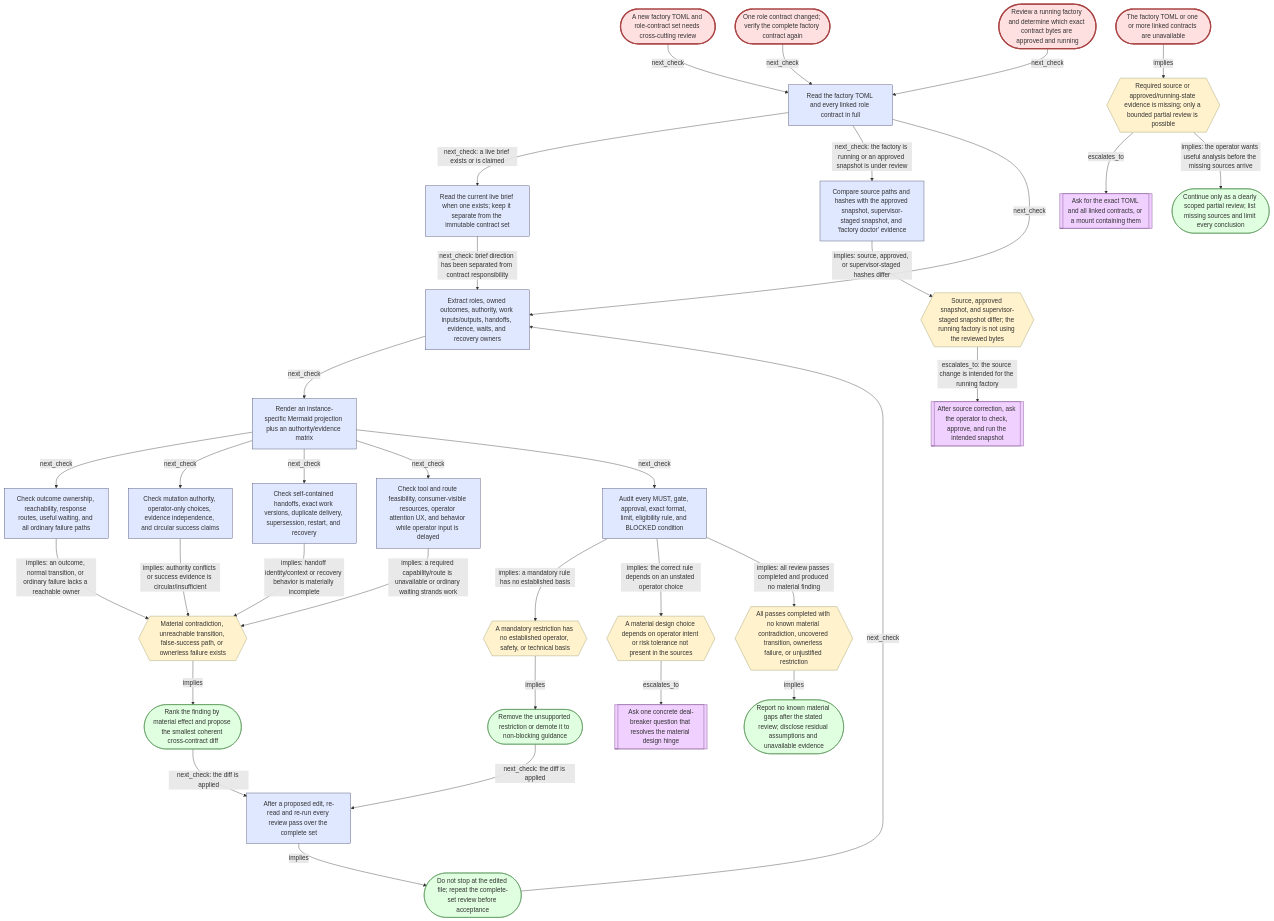
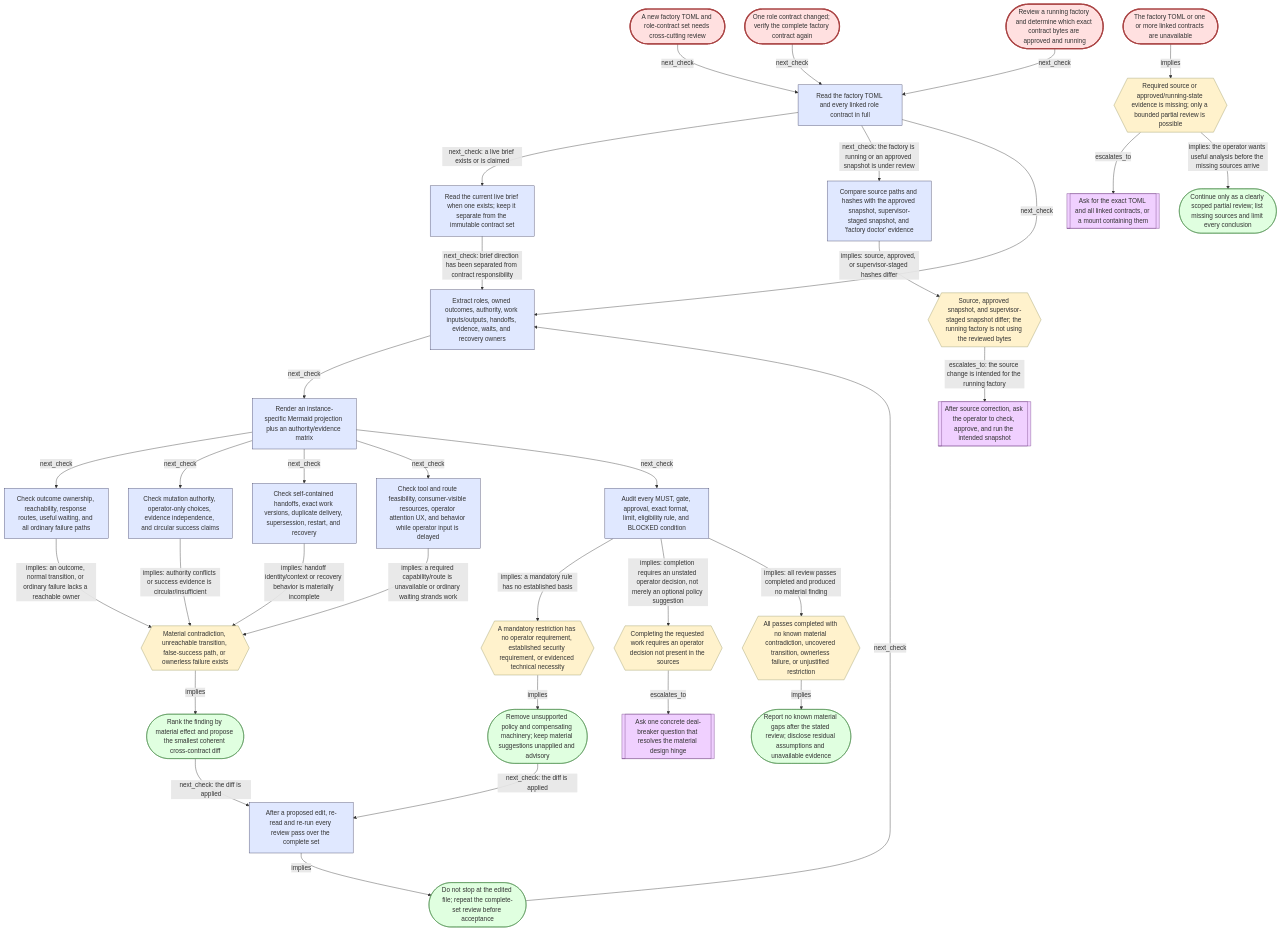
The diagram in cli/src/safeyolo/agent_context/skills/safeyolo-factory/references/graph/contract-review.mmd (craigbalding/safeyolo), drawn with Mermaid before and after one commit. The commit also changed 32 other files, not shown here.

```diff
--- a/cli/src/safeyolo/agent_context/skills/safeyolo-factory/references/graph/contract-review.mmd
+++ b/cli/src/safeyolo/agent_context/skills/safeyolo-factory/references/graph/contract-review.mmd
@@ -1,108 +1,108 @@
 flowchart TD
     %% Auto-generated by scripts/render_skill_graph.py -- do not edit.
 
     classDef symptom fill:#ffe0e0,stroke:#a44
     classDef evidence fill:#e0e8ff,stroke:#446
     classDef classification fill:#fff2cc,stroke:#996
     classDef conclusion fill:#e0ffe0,stroke:#484
     classDef operator_ask fill:#f0d0ff,stroke:#748
 
     sym.review_new_contract_set(["A new factory TOML and role-contract set needs cross-cutting review"])
     sym.review_revised_contract(["One role contract changed; verify the complete factory contract again"])
     sym.review_running_factory(["Review a running factory and determine which exact contract bytes are approved and running"])
     sym.review_partial_sources(["The factory TOML or one or more linked contracts are unavailable"])
     ev.review_load_exact_set["Read the factory TOML and every linked role contract in full"]
     ev.review_load_live_brief["Read the current live brief when one exists; keep it separate from the immutable contract set"]
     ev.review_compare_snapshot["Compare source paths and hashes with the approved snapshot, supervisor-staged snapshot, and 'factory doctor' evidence"]
     ev.review_extract_model["Extract roles, owned outcomes, authority, work inputs/outputs, handoffs, evidence, waits, and recovery owners"]
     ev.review_render_projection["Render an instance-specific Mermaid projection plus an authority/evidence matrix"]
     ev.review_outcome_liveness["Check outcome ownership, reachability, response routes, useful waiting, and all ordinary failure paths"]
     ev.review_authority_evidence["Check mutation authority, operator-only choices, evidence independence, and circular success claims"]
     ev.review_handoff_recovery["Check self-contained handoffs, exact work versions, duplicate delivery, supersession, restart, and recovery"]
     ev.review_runtime_operator["Check tool and route feasibility, consumer-visible resources, operator attention UX, and behavior while operator input is delayed"]
     ev.review_restriction_basis["Audit every MUST, gate, approval, exact format, limit, eligibility rule, and BLOCKED condition"]
     ev.review_reread_complete_set["After a proposed edit, re-read and re-run every review pass over the complete set"]
     cls.review_incomplete{{"Required source or approved/running-state evidence is missing; only a bounded partial review is possible"}}
     cls.review_source_snapshot_drift{{"Source, approved snapshot, and supervisor-staged snapshot differ; the running factory is not using the reviewed bytes"}}
     cls.review_material_gap{{"Material contradiction, unreachable transition, false-success path, or ownerless failure exists"}}
-    cls.review_unjustified_restriction{{"A mandatory restriction has no established operator, safety, or technical basis"}}
-    cls.review_operator_hinge{{"A material design choice depends on operator intent or risk tolerance not present in the sources"}}
+    cls.review_unjustified_restriction{{"A mandatory restriction has no operator requirement, established security requirement, or evidenced technical necessity"}}
+    cls.review_operator_hinge{{"Completing the requested work requires an operator decision not present in the sources"}}
     cls.review_no_known_material_gap{{"All passes completed with no known material contradiction, uncovered transition, ownerless failure, or unjustified restriction"}}
     con.review_state_partial_scope(["Continue only as a clearly scoped partial review; list missing sources and limit every conclusion"])
     con.review_rank_smallest_diff(["Rank the finding by material effect and propose the smallest coherent cross-contract diff"])
-    con.review_remove_or_demote(["Remove the unsupported restriction or demote it to non-blocking guidance"])
+    con.review_remove_or_demote(["Remove unsupported policy and compensating machinery; keep material suggestions unapplied and advisory"])
     con.review_report_bounded_result(["Report no known material gaps after the stated review; disclose residual assumptions and unavailable evidence"])
     con.review_repeat_complete_review(["Do not stop at the edited file; repeat the complete-set review before acceptance"])
     ask.review_provide_sources[["Ask for the exact TOML and all linked contracts, or a mount containing them"]]
     ask.review_resolve_hinge[["Ask one concrete deal-breaker question that resolves the material design hinge"]]
     ask.review_approve_and_run_snapshot[["After source correction, ask the operator to check, approve, and run the intended snapshot"]]
 
     sym.review_new_contract_set -->|"next_check"| ev.review_load_exact_set
     sym.review_revised_contract -->|"next_check"| ev.review_load_exact_set
     sym.review_running_factory -->|"next_check"| ev.review_load_exact_set
     sym.review_partial_sources -->|"implies"| cls.review_incomplete
     cls.review_incomplete -->|"escalates_to"| ask.review_provide_sources
     cls.review_incomplete -->|"implies: the operator wants useful analysis before the missing sources arrive"| con.review_state_partial_scope
     ev.review_load_exact_set -->|"next_check: a live brief exists or is claimed"| ev.review_load_live_brief
     ev.review_load_exact_set -->|"next_check: the factory is running or an approved snapshot is under review"| ev.review_compare_snapshot
     ev.review_load_live_brief -->|"next_check: brief direction has been separated from contract responsibility"| ev.review_extract_model
     ev.review_compare_snapshot -->|"implies: source, approved, or supervisor-staged hashes differ"| cls.review_source_snapshot_drift
     cls.review_source_snapshot_drift -->|"escalates_to: the source change is intended for the running factory"| ask.review_approve_and_run_snapshot
     ev.review_load_exact_set -->|"next_check"| ev.review_extract_model
     ev.review_extract_model -->|"next_check"| ev.review_render_projection
     ev.review_render_projection -->|"next_check"| ev.review_outcome_liveness
     ev.review_render_projection -->|"next_check"| ev.review_authority_evidence
     ev.review_render_projection -->|"next_check"| ev.review_handoff_recovery
     ev.review_render_projection -->|"next_check"| ev.review_runtime_operator
     ev.review_render_projection -->|"next_check"| ev.review_restriction_basis
     ev.review_outcome_liveness -->|"implies: an outcome, normal transition, or ordinary failure lacks a reachable owner"| cls.review_material_gap
     ev.review_authority_evidence -->|"implies: authority conflicts or success evidence is circular/insufficient"| cls.review_material_gap
     ev.review_handoff_recovery -->|"implies: handoff identity/context or recovery behavior is materially incomplete"| cls.review_material_gap
     ev.review_runtime_operator -->|"implies: a required capability/route is unavailable or ordinary waiting strands work"| cls.review_material_gap
     ev.review_restriction_basis -->|"implies: a mandatory rule has no established basis"| cls.review_unjustified_restriction
-    ev.review_restriction_basis -->|"implies: the correct rule depends on an unstated operator choice"| cls.review_operator_hinge
+    ev.review_restriction_basis -->|"implies: completion requires an unstated operator decision, not merely an optional policy suggestion"| cls.review_operator_hinge
     cls.review_material_gap -->|"implies"| con.review_rank_smallest_diff
     cls.review_unjustified_restriction -->|"implies"| con.review_remove_or_demote
     cls.review_operator_hinge -->|"escalates_to"| ask.review_resolve_hinge
     con.review_rank_smallest_diff -->|"next_check: the diff is applied"| ev.review_reread_complete_set
     con.review_remove_or_demote -->|"next_check: the diff is applied"| ev.review_reread_complete_set
     ev.review_reread_complete_set -->|"implies"| con.review_repeat_complete_review
     con.review_repeat_complete_review -->|"next_check"| ev.review_extract_model
     ev.review_restriction_basis -->|"implies: all review passes completed and produced no material finding"| cls.review_no_known_material_gap
     cls.review_no_known_material_gap -->|"implies"| con.review_report_bounded_result
 
     class sym.review_new_contract_set symptom
     class sym.review_revised_contract symptom
     class sym.review_running_factory symptom
     class sym.review_partial_sources symptom
     class ev.review_load_exact_set evidence
     class ev.review_load_live_brief evidence
     class ev.review_compare_snapshot evidence
     class ev.review_extract_model evidence
     class ev.review_render_projection evidence
     class ev.review_outcome_liveness evidence
     class ev.review_authority_evidence evidence
     class ev.review_handoff_recovery evidence
     class ev.review_runtime_operator evidence
     class ev.review_restriction_basis evidence
     class ev.review_reread_complete_set evidence
     class cls.review_incomplete classification
     class cls.review_source_snapshot_drift classification
     class cls.review_material_gap classification
     class cls.review_unjustified_restriction classification
     class cls.review_operator_hinge classification
     class cls.review_no_known_material_gap classification
     class con.review_state_partial_scope conclusion
     class con.review_rank_smallest_diff conclusion
     class con.review_remove_or_demote conclusion
     class con.review_report_bounded_result conclusion
     class con.review_repeat_complete_review conclusion
     class ask.review_provide_sources operator_ask
     class ask.review_resolve_hinge operator_ask
     class ask.review_approve_and_run_snapshot operator_ask
 
     %% Entry symptoms (bind an observed symptom here)
     style sym.review_new_contract_set stroke-width:3px
     style sym.review_revised_contract stroke-width:3px
     style sym.review_running_factory stroke-width:3px
     style sym.review_partial_sources stroke-width:3px
```
